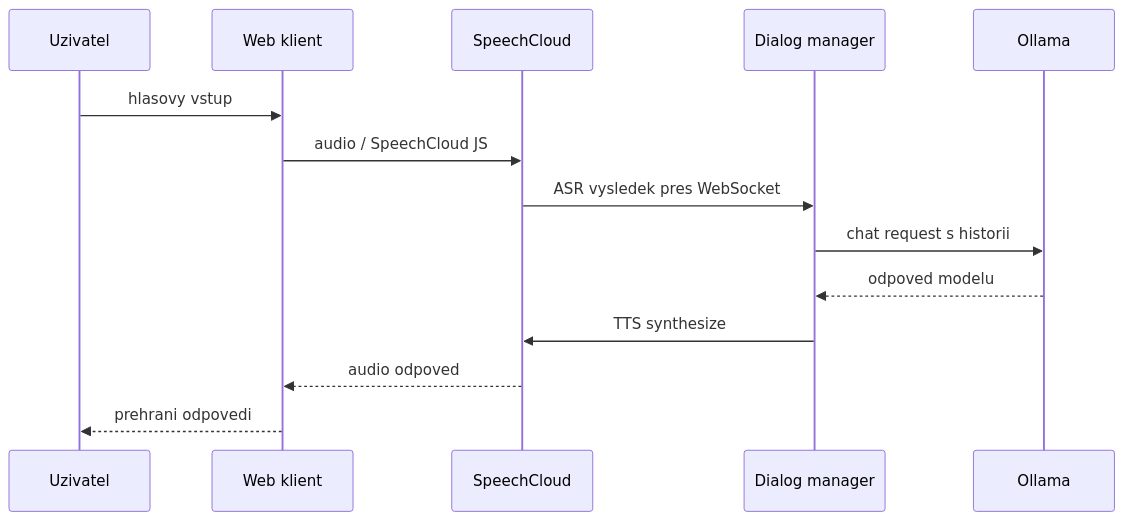
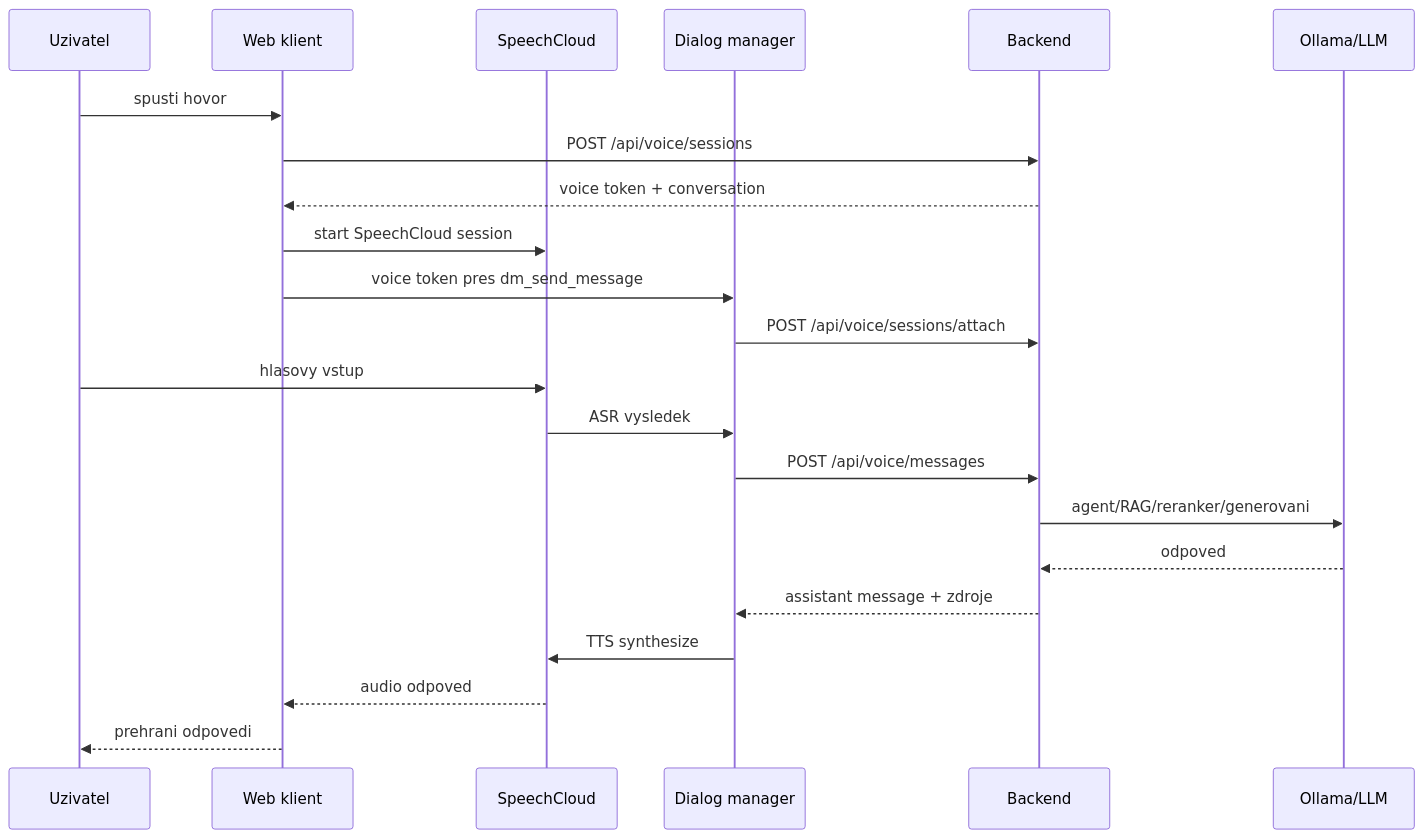
Before and after one commit to VLepic/Receipt_chat: the diagram in docs/08-speechcloud-integration.md, drawn with Mermaid. The commit also changed other lines of this file and 6 other files, not shown here.

````diff
--- a/docs/08-speechcloud-integration.md
+++ b/docs/08-speechcloud-integration.md
@@ -21,17 +20,25 @@
 ```mermaid
 sequenceDiagram
     participant U as Uzivatel
     participant W as Web klient
     participant SC as SpeechCloud
     participant DM as Dialog manager
-    participant O as Ollama
+    participant BE as Backend
+    participant LLM as Ollama/LLM
 
-    U->>W: hlasovy vstup
-    W->>SC: audio / SpeechCloud JS
-    SC->>DM: ASR vysledek pres WebSocket
-    DM->>O: chat request s historii
-    O-->>DM: odpoved modelu
+    U->>W: spusti hovor
+    W->>BE: POST /api/voice/sessions
+    BE-->>W: voice token + conversation
+    W->>SC: start SpeechCloud session
+    W->>DM: voice token pres dm_send_message
+    DM->>BE: POST /api/voice/sessions/attach
+    U->>SC: hlasovy vstup
+    SC->>DM: ASR vysledek
+    DM->>BE: POST /api/voice/messages
+    BE->>LLM: agent/RAG/reranker/generovani
+    LLM-->>BE: odpoved
+    BE-->>DM: assistant message + zdroje
     DM->>SC: TTS synthesize
     SC-->>W: audio odpoved
     W-->>U: prehrani odpovedi
 ```
````
